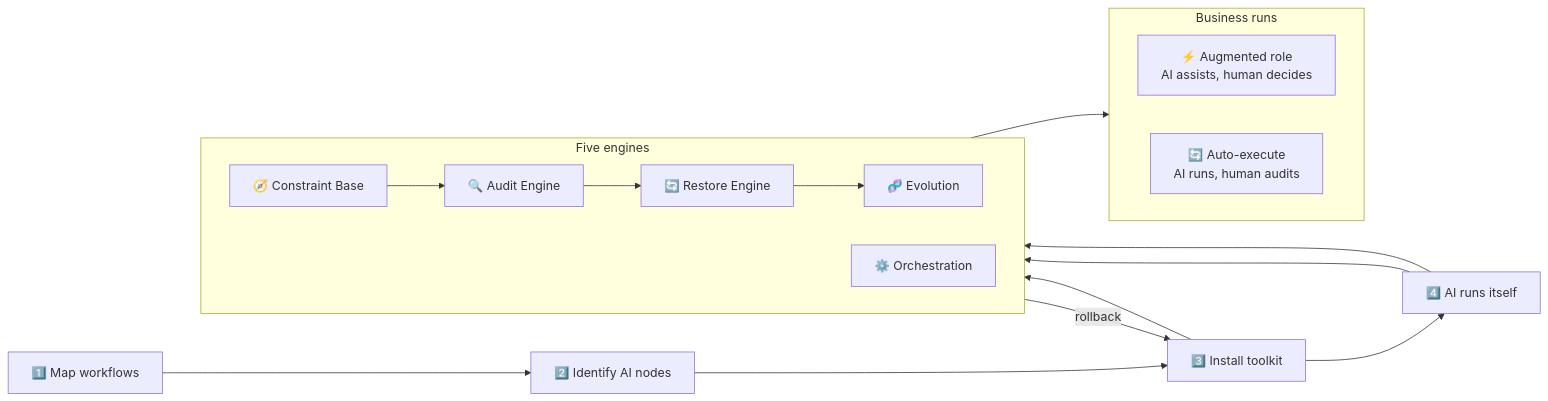
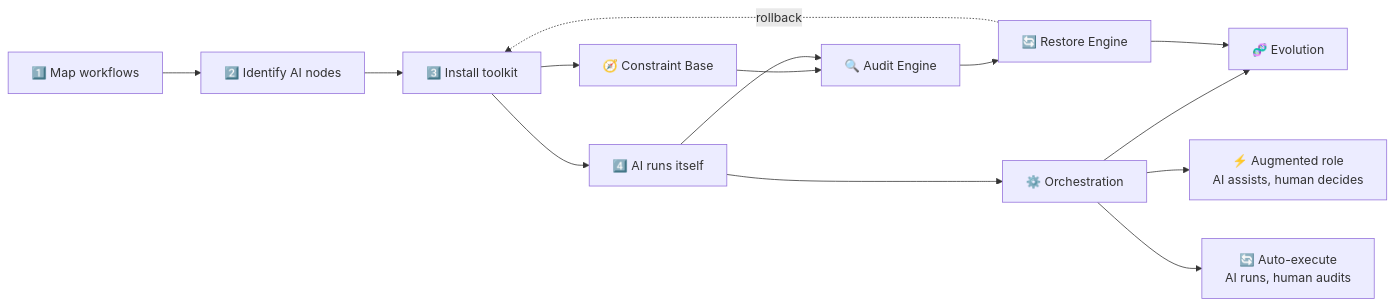
Before and after one commit to KongFangXun/sofagent: the first of 5 diagrams in README.en.md, drawn with Mermaid. The commit also changed 1 other file, not shown here.

Commit message:
docs: FDE Mermaid优化布局 — 引擎上3下2，去掉subgraph更紧凑

````diff
--- a/README.en.md
+++ b/README.en.md
@@ -87,27 +87,19 @@
 ```mermaid
 graph LR
     A["1️⃣ Map workflows"] --> B["2️⃣ Identify AI nodes"]
     B --> C["3️⃣ Install toolkit"]
     C --> D["4️⃣ AI runs itself"]
 
-    subgraph engines["Five engines"]
-        direction LR
-        E["🧭 Constraint Base"]
-        F["🔍 Audit Engine"]
-        G["🔄 Restore Engine"]
-        H["⚙️ Orchestration"]
-        I["🧬 Evolution"]
-    end
+    C --> E["🧭 Constraint Base"]
+    E --> F["🔍 Audit Engine"]
+    F --> G["🔄 Restore Engine"]
+    D --> F
 
-    subgraph output["Business runs"]
-        direction LR
-        J["⚡ Augmented role<br/>AI assists, human decides"]
-        K["🔄 Auto-execute<br/>AI runs, human audits"]
-    end
+    D --> H["⚙️ Orchestration"]
+    H --> I["🧬 Evolution"]
+    G --> I
 
-    C --> E
-    D --> F --> G --> I
-    D --> H --> J
-    E --> F
-    G -->|rollback| C
+    H --> J["⚡ Augmented role<br/>AI assists, human decides"]
+    H --> K["🔄 Auto-execute<br/>AI runs, human audits"]
+    G -.-> |rollback| C
 ```
````
